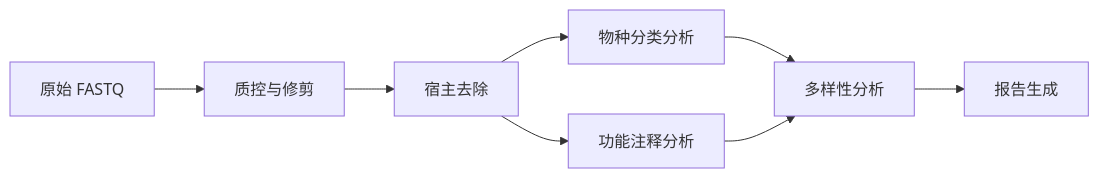
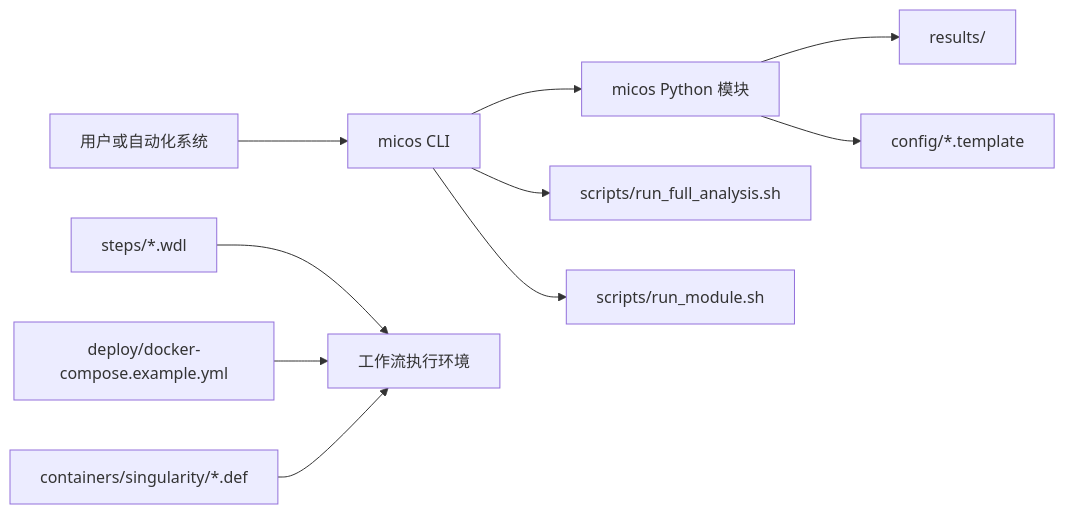
The diagram in docs/zh/index.md (LessUp/micos-2024), drawn with Mermaid before and after one commit. The commit also changed other lines of this file and 50 other files, not shown here.

````diff
--- a/docs/zh/index.md
+++ b/docs/zh/index.md
@@ -113,10 +183,12 @@
 ```mermaid
-graph LR
-    A[原始 FASTQ] --> B[质控与修剪]
-    B --> C[宿主去除]
-    C --> D[物种分类分析]
-    C --> E[功能注释分析]
-    D --> F[多样性分析]
-    E --> F
-    F --> G[报告生成]
+flowchart LR
+    A[用户或自动化系统] --> B[micos CLI]
+    B --> C[micos Python 模块]
+    B --> D[scripts/run_full_analysis.sh]
+    B --> E[scripts/run_module.sh]
+    C --> F[results/]
+    C --> G[config/*.template]
+    H[steps/*.wdl] --> I[工作流执行环境]
+    J[deploy/docker-compose.example.yml] --> I
+    K[containers/singularity/*.def] --> I
 ```
````
